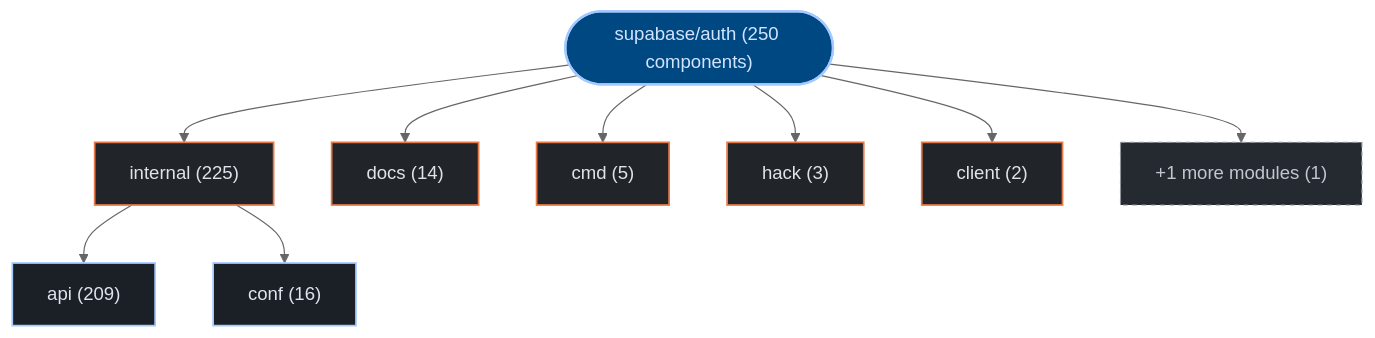
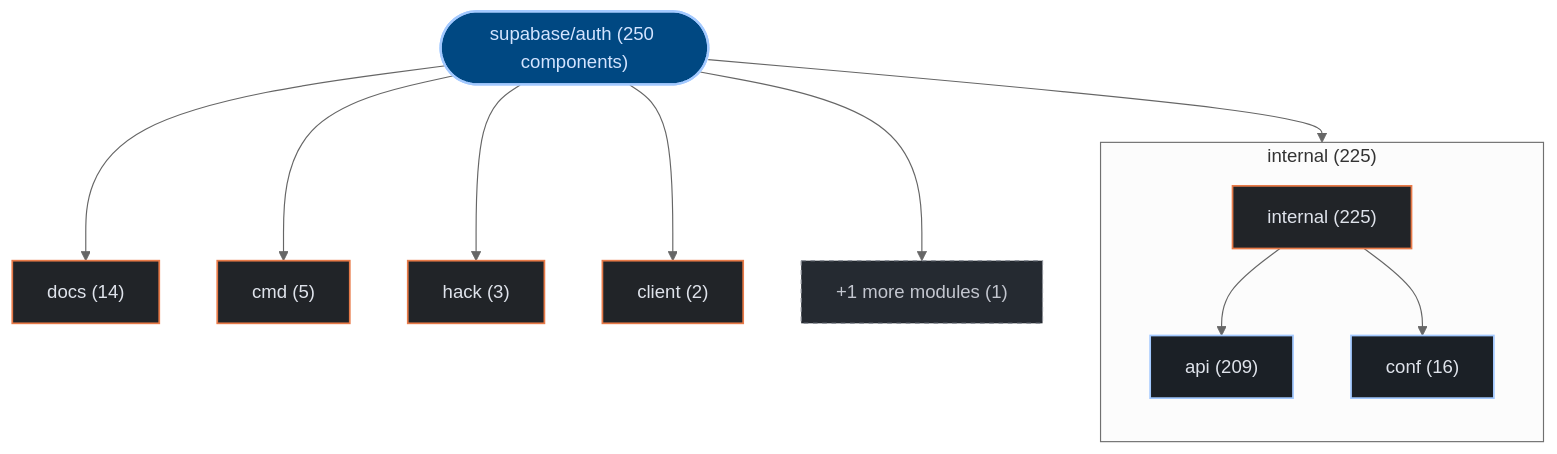
The first of 3 diagrams in exports/latest/reports/supabase-auth-report.md (kumarshaz/atruss-code-atlas), drawn with Mermaid (neutral theme) before and after one commit. The commit also changed 178 other files, not shown here.

Commit message:
feat(ui,mermaid): upgrade to mermaid v12 + ELK layout, add orgs-summary + pagination, subgraph building blocks, fix tab alignment

````diff
--- a/exports/latest/reports/supabase-auth-report.md
+++ b/exports/latest/reports/supabase-auth-report.md
@@ -42,27 +42,30 @@
 ```mermaid
 graph TD;
   classDef atlasRoot fill:#004882,stroke:#a3c9ff,stroke-width:2px,color:#d3e4ff
   classDef atlasCategory fill:#212428,stroke:#E87A48,stroke-width:1.5px,color:#dfe3eb
   classDef atlasWorkflow fill:#1b2026,stroke:#a3c9ff,stroke-width:1.5px,color:#dfe3eb
   classDef atlasJob fill:#171c22,stroke:#8d9199,stroke-width:1px,color:#dfe3eb
   classDef atlasTarget fill:#005227,stroke:#8bd99b,stroke-width:1.5px,color:#a7f6b6
   classDef atlasAlert fill:#93000a,stroke:#ffb4ab,stroke-width:1.5px,color:#ffdad6
   classDef atlasMore fill:#252a31,stroke:#8d9199,stroke-dasharray:4 4,color:#c3c6cf
     repo_root(["supabase/auth (250 components)"]):::atlasRoot
-    dir_0_internal["internal (225)"]:::atlasCategory
+    subgraph sg_dir_0_internal["internal (225)"]
+      direction TB
+      dir_0_internal["internal (225)"]:::atlasCategory
+      sub_0_0_api["api (209)"]:::atlasWorkflow
+      dir_0_internal --> sub_0_0_api
+      sub_0_1_conf["conf (16)"]:::atlasWorkflow
+      dir_0_internal --> sub_0_1_conf
+    end
     repo_root --> dir_0_internal
-    sub_0_0_api["api (209)"]:::atlasWorkflow
-    dir_0_internal --> sub_0_0_api
-    sub_0_1_conf["conf (16)"]:::atlasWorkflow
-    dir_0_internal --> sub_0_1_conf
     dir_1_docs["docs (14)"]:::atlasCategory
     repo_root --> dir_1_docs
     dir_2_cmd["cmd (5)"]:::atlasCategory
     repo_root --> dir_2_cmd
     dir_3_hack["hack (3)"]:::atlasCategory
     repo_root --> dir_3_hack
     dir_4_client["client (2)"]:::atlasCategory
     repo_root --> dir_4_client
     dir_other_modules["+1 more modules (1)"]:::atlasMore
     repo_root --> dir_other_modules
 ```
````
